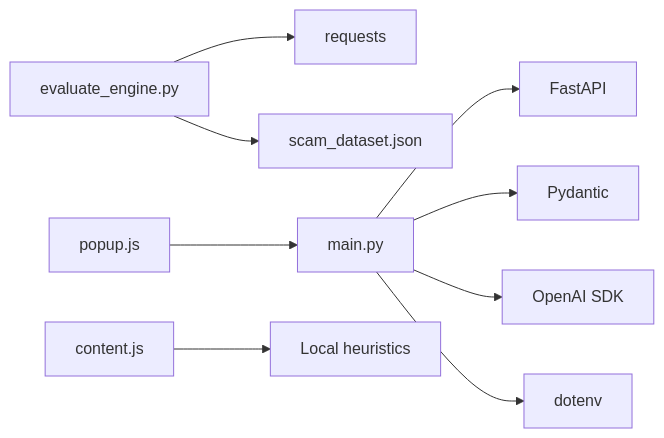
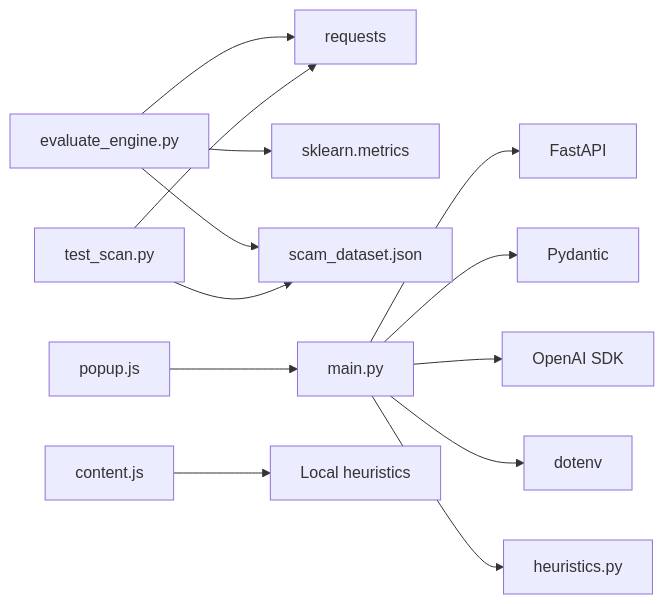
One commit to Aymanaahh/scrollguard-ai changed the sixth of 6 diagrams in .qoder/repowiki/en/content/Evaluation and Testing Framework.md. Above: the diagram before and after it, drawn with Mermaid. The commit also changed other lines of this file and 36 other files, not shown here.

````diff
--- a/.qoder/repowiki/en/content/Evaluation and Testing Framework.md
+++ b/.qoder/repowiki/en/content/Evaluation and Testing Framework.md
@@ -289,11 +379,15 @@
 ```mermaid
 graph LR
 EE["evaluate_engine.py"] --> REQ["requests"]
+EE --> SK["sklearn.metrics"]
 EE --> DS["scam_dataset.json"]
+TS["test_scan.py"] --> REQ
+TS --> DS
 API["main.py"] --> FASTAPI["FastAPI"]
 API --> PYD["Pydantic"]
 API --> OAI["OpenAI SDK"]
 API --> ENV["dotenv"]
+API --> HEUR["heuristics.py"]
 EXT_POP["popup.js"] --> API
 EXT_CNT["content.js"] --> LOCAL["Local heuristics"]
 ```
````
